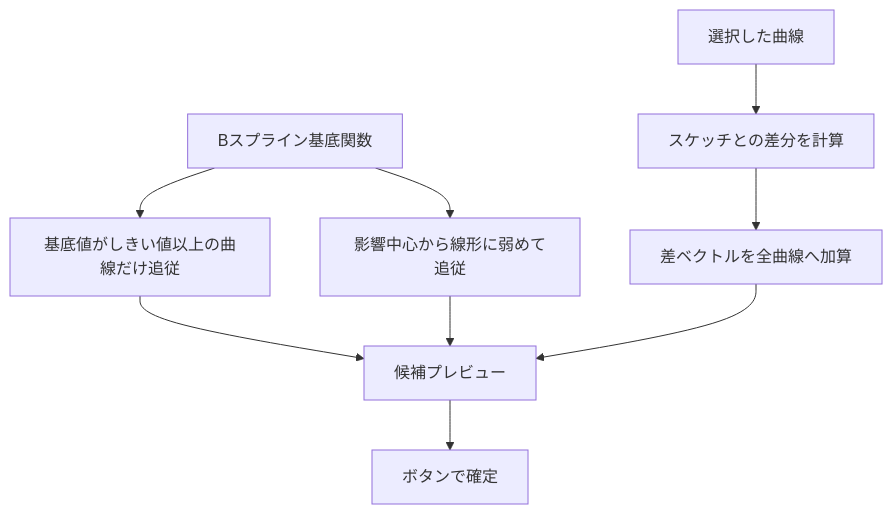
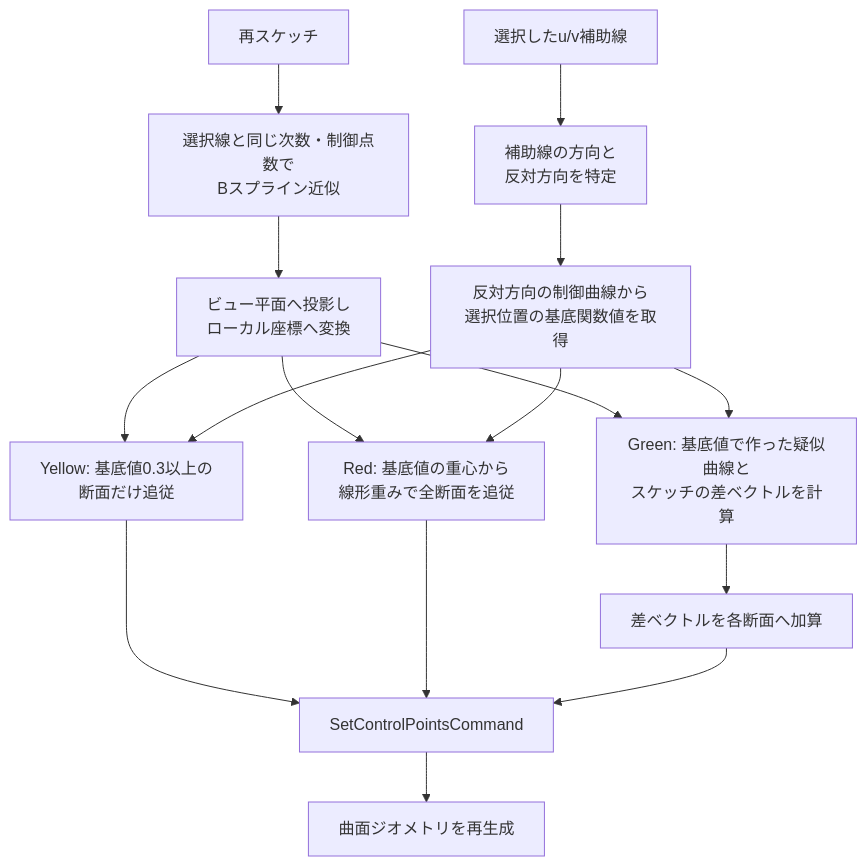
One commit to hmwri/shelly changed the second of 4 diagrams in README.md. Above: the diagram before and after it, drawn with Mermaid. The commit also changed other lines of this file, not shown here.

Commit message:
Correct Shelly README diagrams

````diff
--- a/README.md
+++ b/README.md
@@ -48,11 +56,18 @@
 ```mermaid
 flowchart TB
-  selected[選択した曲線] --> diff[スケッチとの差分を計算]
-  basis[Bスプライン基底関数] --> threshold[基底値がしきい値以上の曲線だけ追従]
-  basis --> linear[影響中心から線形に弱めて追従]
-  diff --> all[差ベクトルを全曲線へ加算]
-  threshold --> preview[候補プレビュー]
-  linear --> preview
-  all --> preview
-  preview --> commit[ボタンで確定]
+  selected[選択したu/v補助線] --> axis[補助線の方向と<br/>反対方向を特定]
+  sketch[再スケッチ] --> fit2[選択線と同じ次数・制御点数で<br/>Bスプライン近似]
+  fit2 --> projected[ビュー平面へ投影し<br/>ローカル座標へ変換]
+  axis --> basis[反対方向の制御曲線から<br/>選択位置の基底関数値を取得]
+  projected --> candidate1[Yellow: 基底値0.3以上の<br/>断面だけ追従]
+  basis --> candidate1
+  projected --> candidate2[Red: 基底値の重心から<br/>線形重みで全断面を追従]
+  basis --> candidate2
+  projected --> diff[Green: 基底値で作った疑似曲線と<br/>スケッチの差ベクトルを計算]
+  basis --> diff
+  diff --> candidate3[差ベクトルを各断面へ加算]
+  candidate1 --> command[SetControlPointsCommand]
+  candidate2 --> command
+  candidate3 --> command
+  command --> rebuild[曲面ジオメトリを再生成]
 ```
````
